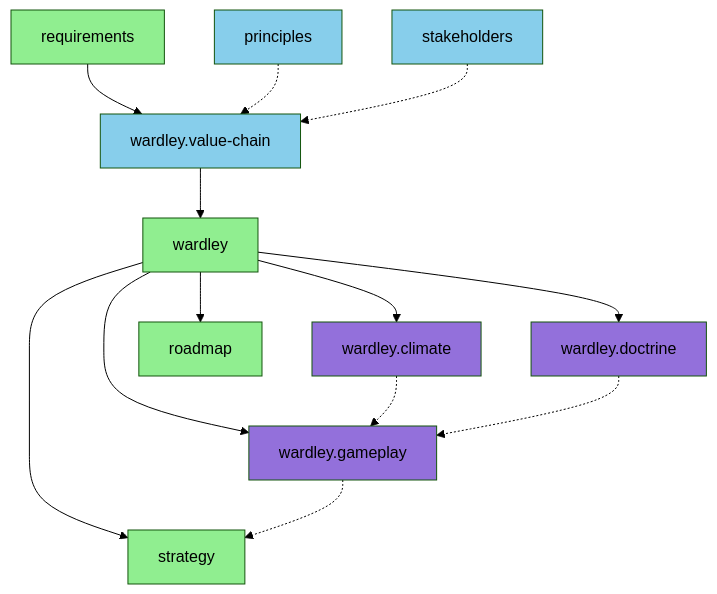
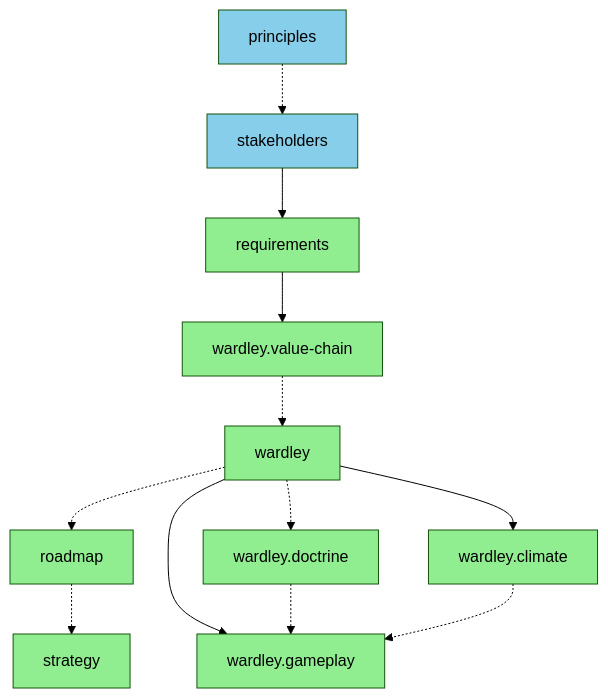
One commit to tractorjuice/arc-kit changed the sixth of 14 diagrams in docs/WORKFLOW-DIAGRAMS.md. Above: the diagram before and after it, drawn with Mermaid (forest theme). The commit also changed other lines of this file, not shown here.

First line of the commit message:
docs: redraw WORKFLOW-DIAGRAMS.md from the dependency data

````diff
--- a/docs/WORKFLOW-DIAGRAMS.md
+++ b/docs/WORKFLOW-DIAGRAMS.md
@@ -593,35 +853,41 @@
 ```mermaid
 graph TD
-    %% Prerequisites
-    A[requirements] --> B[wardley.value-chain]
-    C[principles] -.-> B
-    D[stakeholders] -.-> B
+    %% Tier 0
+    principles[principles]
+    %% Tier 1
+    stakeholders[stakeholders]
+    %% Tier 4
+    requirements[requirements]
+    %% Tier 5
+    roadmap[roadmap]
+    strategy[strategy]
+    %% Tier 6
+    wardley_value_chain[wardley.value-chain]
+    wardley[wardley]
+    wardley_doctrine[wardley.doctrine]
+    wardley_gameplay[wardley.gameplay]
+    wardley_climate[wardley.climate]
 
-    %% Core mapping
-    B --> E[wardley]
+    principles -.-> stakeholders
+    stakeholders --> requirements
+    wardley -.-> roadmap
+    roadmap -.-> strategy
+    requirements --> wardley_value_chain
+    wardley_value_chain -.-> wardley
+    wardley -.-> wardley_doctrine
+    wardley --> wardley_gameplay
+    wardley_doctrine -.-> wardley_gameplay
+    wardley_climate -.-> wardley_gameplay
+    wardley --> wardley_climate
 
-    %% Analysis tracks (parallel after map creation)
-    E --> F[wardley.doctrine]
-    E --> G[wardley.climate]
-    E --> H[wardley.gameplay]
-
-    %% Cross-feed between analysis tracks
-    G -.-> H
-    F -.-> H
-
-    %% Downstream
-    E --> I[roadmap]
-    E --> J[strategy]
-    H -.-> J
-
-    style A fill:#90EE90
-    style B fill:#87CEEB
-    style C fill:#87CEEB
-    style D fill:#87CEEB
-    style E fill:#90EE90
-    style F fill:#9370DB
-    style G fill:#9370DB
-    style H fill:#9370DB
-    style I fill:#90EE90
-    style J fill:#90EE90
+    style principles fill:#87CEEB
+    style stakeholders fill:#87CEEB
+    style requirements fill:#90EE90
+    style roadmap fill:#90EE90
+    style strategy fill:#90EE90
+    style wardley_value_chain fill:#90EE90
+    style wardley fill:#90EE90
+    style wardley_doctrine fill:#90EE90
+    style wardley_gameplay fill:#90EE90
+    style wardley_climate fill:#90EE90
 ```
````
